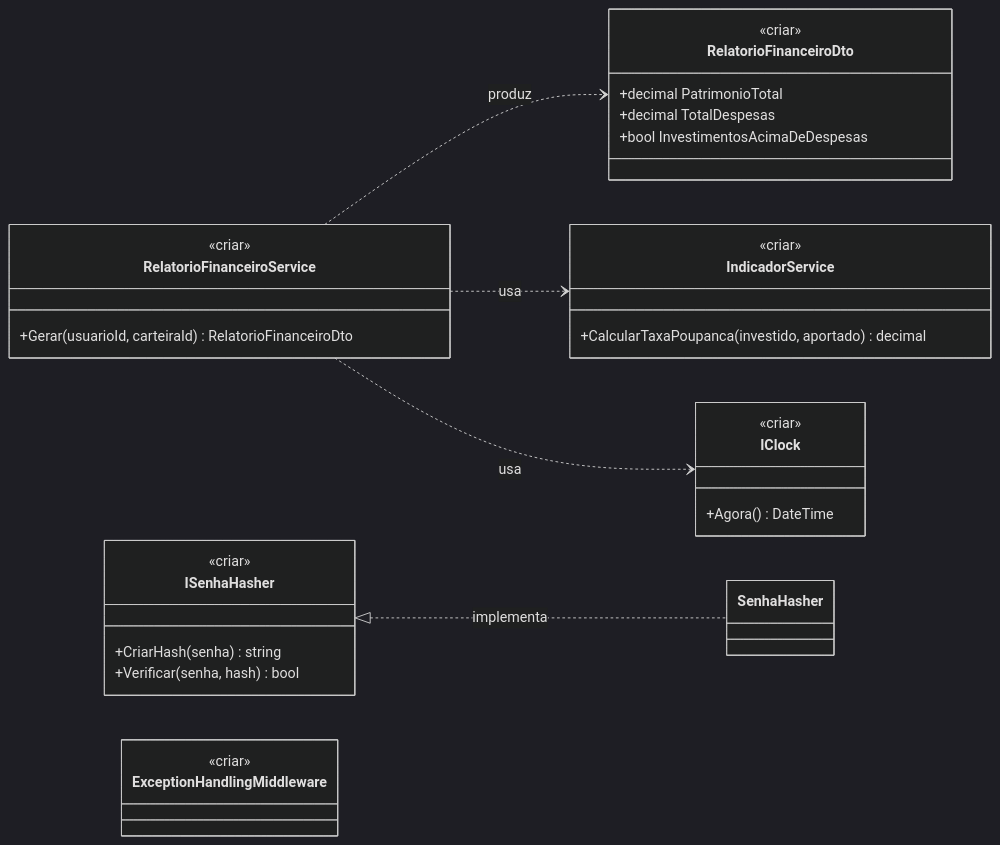
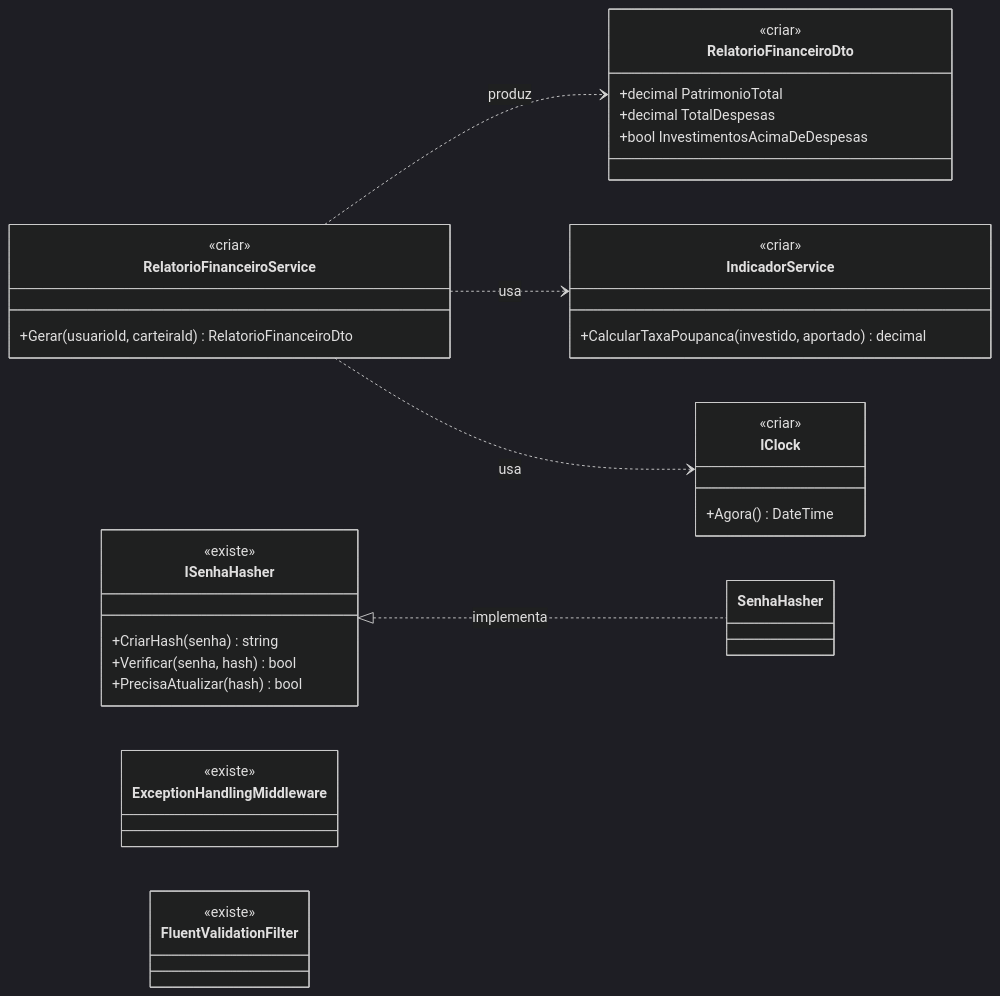
The third of 3 diagrams in docs/diagrama-classe-candidatas.md (Carlos-Florenzano/Portfy), drawn with Mermaid (dark theme) before and after one commit. The commit also changed other lines of this file and 37 other files, not shown here.

````diff
--- a/docs/diagrama-classe-candidatas.md
+++ b/docs/diagrama-classe-candidatas.md
@@ -302,35 +303,39 @@
 ```mermaid
 classDiagram
     direction LR
     class RelatorioFinanceiroService {
         <<criar>>
         +Gerar(usuarioId, carteiraId) RelatorioFinanceiroDto
     }
     class IndicadorService {
         <<criar>>
         +CalcularTaxaPoupanca(investido, aportado) decimal
     }
     class RelatorioFinanceiroDto {
         <<criar>>
         +decimal PatrimonioTotal
         +decimal TotalDespesas
         +bool InvestimentosAcimaDeDespesas
     }
     class IClock {
         <<criar>>
         +Agora() DateTime
     }
     class ISenhaHasher {
-        <<criar>>
+        <<existe>>
         +CriarHash(senha) string
         +Verificar(senha, hash) bool
+        +PrecisaAtualizar(hash) bool
     }
     class ExceptionHandlingMiddleware {
-        <<criar>>
+        <<existe>>
+    }
+    class FluentValidationFilter {
+        <<existe>>
     }
 
     RelatorioFinanceiroService ..> RelatorioFinanceiroDto : produz
     RelatorioFinanceiroService ..> IndicadorService : usa
     RelatorioFinanceiroService ..> IClock : usa
     ISenhaHasher <|.. SenhaHasher : implementa
 ```
````
